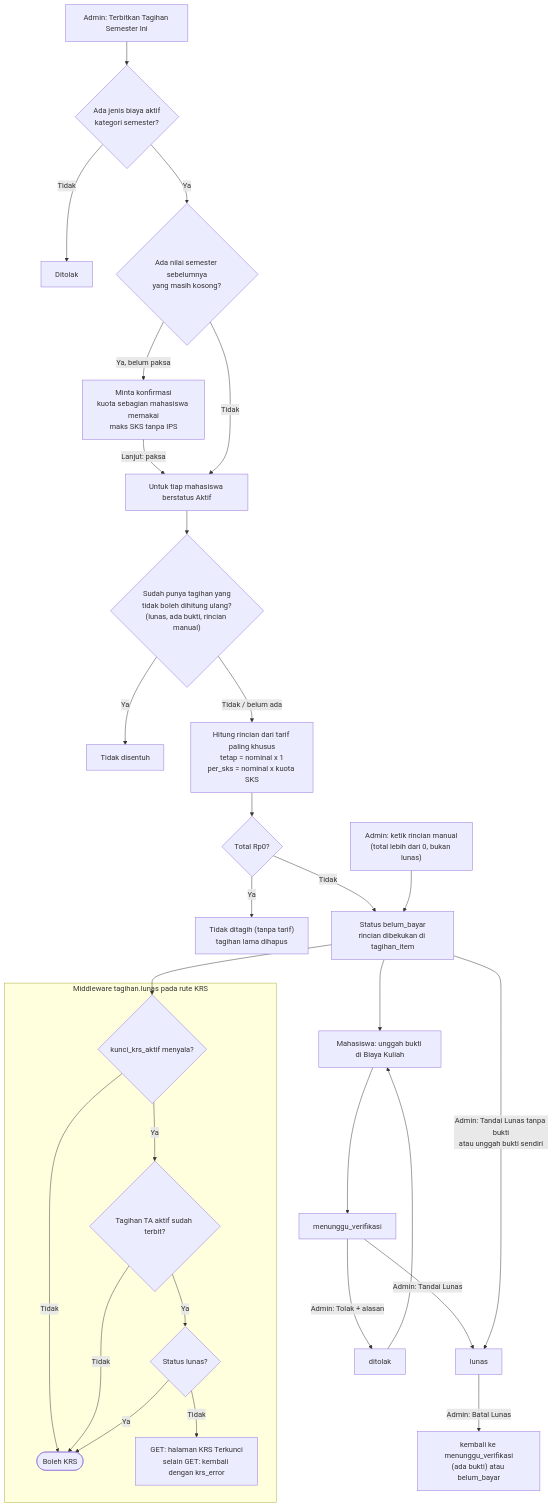
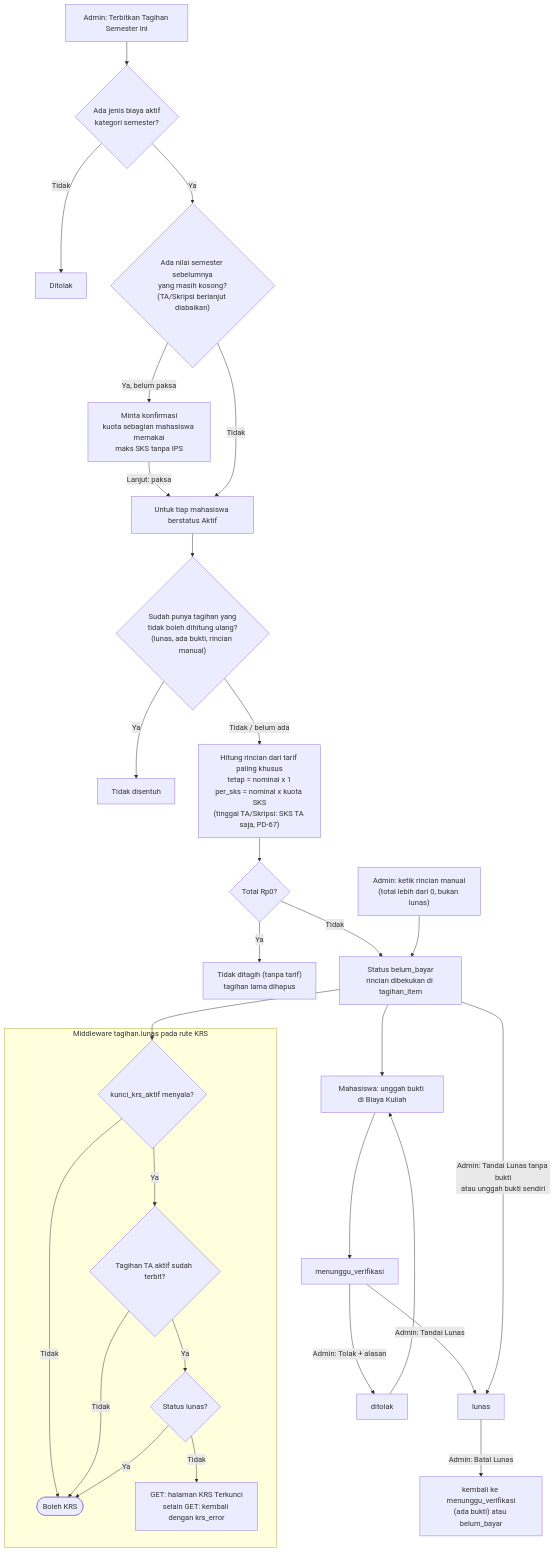
One commit to Velocity-Developer/sia-vd changed the fifth of 28 diagrams in docs/system-flowchart.md. Above: the diagram before and after it, drawn with Mermaid. The commit also changed other lines of this file and 4 other files, not shown here.

First line of the commit message:
feat(tugas-akhir): seeder dan dokumentasi aturan SKS TA/Skripsi

````diff
--- a/docs/system-flowchart.md
+++ b/docs/system-flowchart.md
@@ -179,33 +179,33 @@
 ```mermaid
 flowchart TD
     A["Admin: Terbitkan Tagihan Semester Ini"] --> B{"Ada jenis biaya aktif<br/>kategori semester?"}
     B -- Tidak --> B1["Ditolak"]
-    B -- Ya --> C{"Ada nilai semester sebelumnya<br/>yang masih kosong?"}
+    B -- Ya --> C{"Ada nilai semester sebelumnya<br/>yang masih kosong?<br/>(TA/Skripsi berlanjut diabaikan)"}
     C -- "Ya, belum paksa" --> C1["Minta konfirmasi<br/>kuota sebagian mahasiswa memakai<br/>maks SKS tanpa IPS"]
     C1 -- "Lanjut: paksa" --> D
     C -- Tidak --> D["Untuk tiap mahasiswa berstatus Aktif"]
     D --> E{"Sudah punya tagihan yang<br/>tidak boleh dihitung ulang?<br/>(lunas, ada bukti, rincian manual)"}
     E -- Ya --> E1["Tidak disentuh"]
-    E -- "Tidak / belum ada" --> F["Hitung rincian dari tarif paling khusus<br/>tetap = nominal x 1<br/>per_sks = nominal x kuota SKS"]
+    E -- "Tidak / belum ada" --> F["Hitung rincian dari tarif paling khusus<br/>tetap = nominal x 1<br/>per_sks = nominal x kuota SKS<br/>(tinggal TA/Skripsi: SKS TA saja, PD-67)"]
     F --> F1{"Total Rp0?"}
     F1 -- Ya --> F2["Tidak ditagih (tanpa tarif)<br/>tagihan lama dihapus"]
     F1 -- Tidak --> H["Status belum_bayar<br/>rincian dibekukan di tagihan_item"]
 
     H --> P1["Mahasiswa: unggah bukti di Biaya Kuliah"]
     P1 --> P2["menunggu_verifikasi"]
     P2 -- "Admin: Tolak + alasan" --> P3["ditolak"] --> P1
     P2 -- "Admin: Tandai Lunas" --> I["lunas"]
     H -- "Admin: Tandai Lunas tanpa bukti<br/>atau unggah bukti sendiri" --> I
     I -- "Admin: Batal Lunas" --> P4["kembali ke menunggu_verifikasi<br/>(ada bukti) atau belum_bayar"]
     R["Admin: ketik rincian manual<br/>(total lebih dari 0, bukan lunas)"] --> H
 
     subgraph Kunci["Middleware tagihan.lunas pada rute KRS"]
         K1{"kunci_krs_aktif menyala?"} -- Tidak --> K9(["Boleh KRS"])
         K1 -- Ya --> K2{"Tagihan TA aktif sudah terbit?"}
         K2 -- Tidak --> K9
         K2 -- Ya --> K3{"Status lunas?"}
         K3 -- Ya --> K9
         K3 -- Tidak --> K4["GET: halaman KRS Terkunci<br/>selain GET: kembali dengan krs_error"]
     end
     H --> K1
 ```
````
